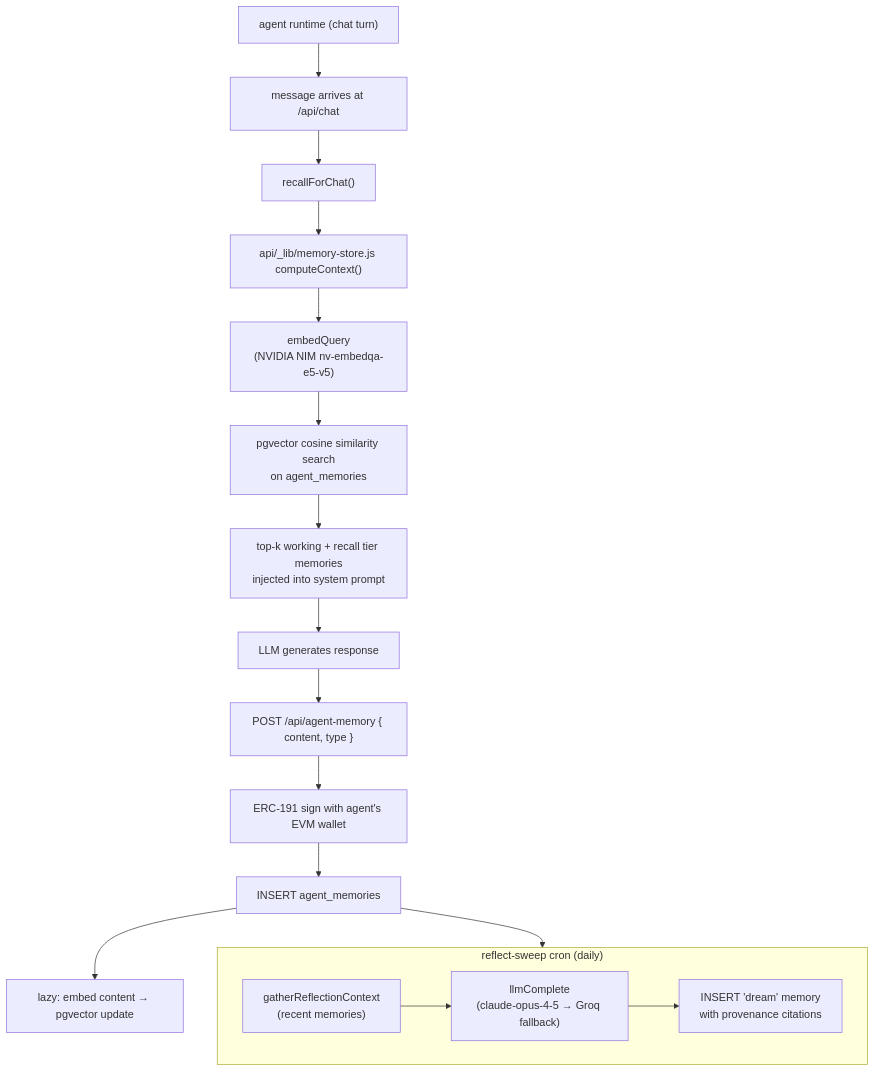
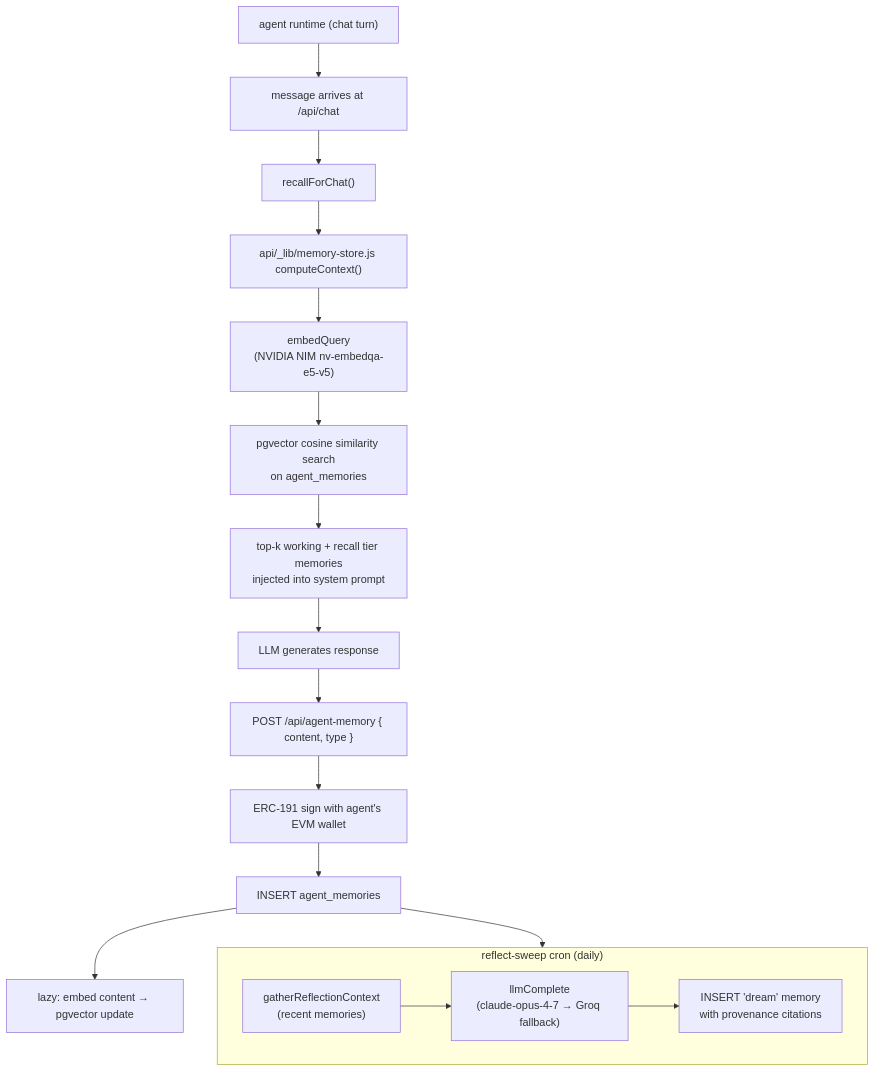
One commit to NorthernAI-coder/three.ws changed diagram 20 of 22 in ARCHITECTURE.md. Above: the diagram before and after it, drawn with Mermaid. The commit also changed other lines of this file and 8 other files, not shown here.

````diff
--- a/ARCHITECTURE.md
+++ b/ARCHITECTURE.md
@@ -1545,23 +1978,23 @@
 ```mermaid
 flowchart TD
     A["agent runtime (chat turn)"] --> B["message arrives at /api/chat"]
     B --> C["recallForChat()"]
     C --> D["api/_lib/memory-store.js computeContext()"]
     D --> E["embedQuery\n(NVIDIA NIM nv-embedqa-e5-v5)"]
     E --> F["pgvector cosine similarity search\non agent_memories"]
     F --> G["top-k working + recall tier memories\ninjected into system prompt"]
     G --> H["LLM generates response"]
     H --> I["POST /api/agent-memory { content, type }"]
     I --> J["ERC-191 sign with agent's EVM wallet"]
     J --> K["INSERT agent_memories"]
     K --> L["lazy: embed content → pgvector update"]
 
     subgraph Reflect["reflect-sweep cron (daily)"]
         R1["gatherReflectionContext\n(recent memories)"]
-        R2["llmComplete\n(claude-opus-4-5 → Groq fallback)"]
+        R2["llmComplete\n(claude-opus-4-7 → Groq fallback)"]
         R3["INSERT 'dream' memory\nwith provenance citations"]
         R1 --> R2 --> R3
     end
 
     K --> Reflect
 ```
````
